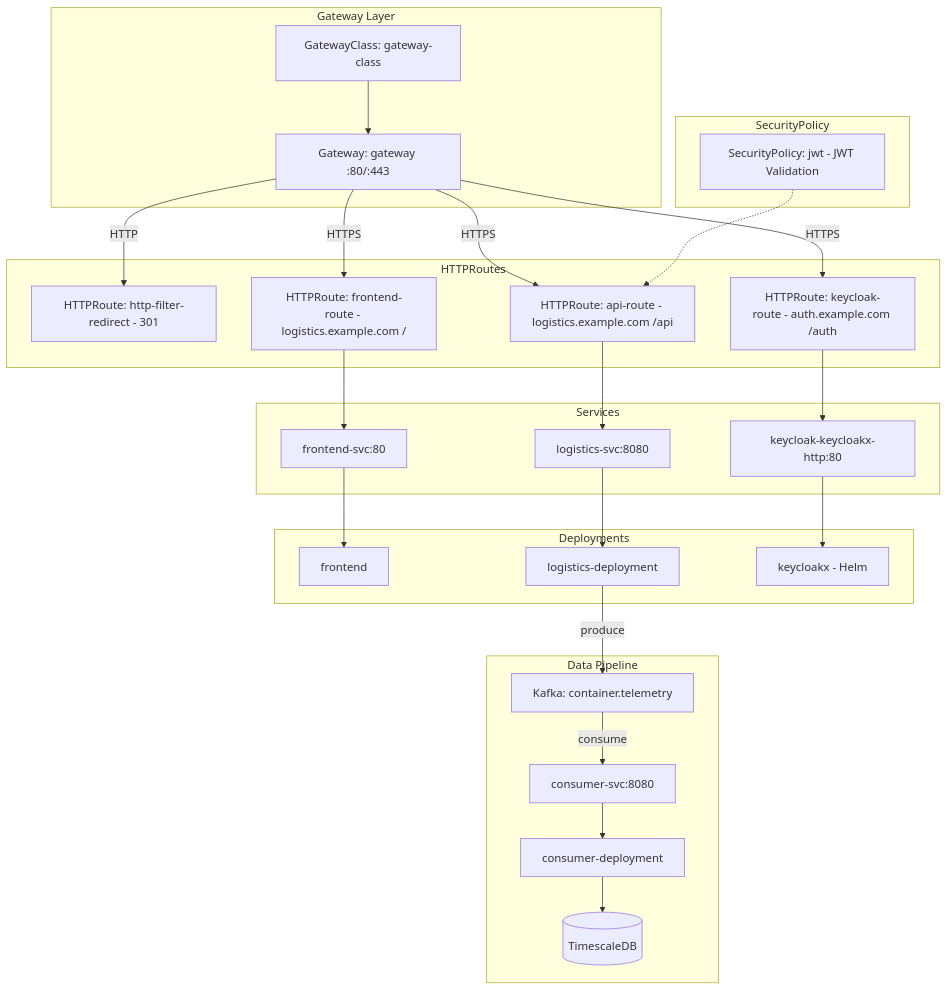
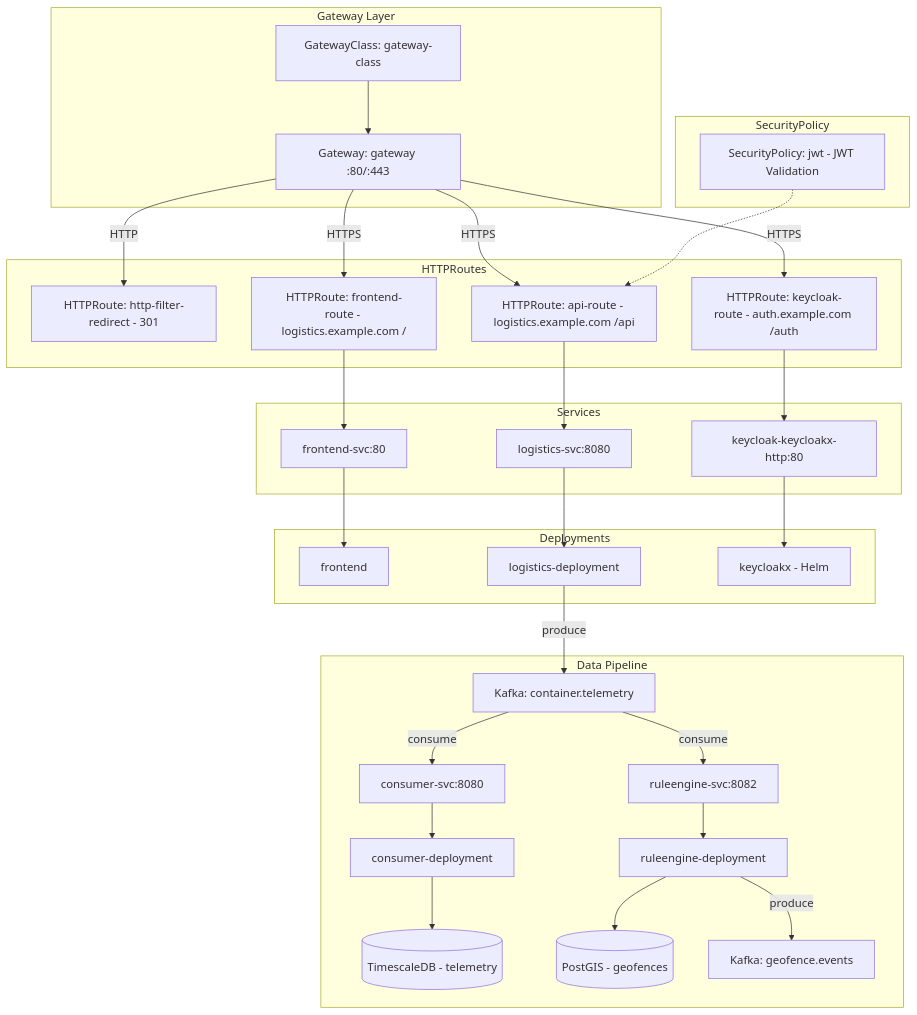
The diagram in docs/getting-started.md (s20055232/logistics), drawn with Mermaid before and after one commit. The commit also changed other lines of this file and 26 other files, not shown here.

First line of the commit message:
feat(ruleengine): implement geofencing rule engine with Kafka integration

````diff
--- a/docs/getting-started.md
+++ b/docs/getting-started.md
@@ -271,63 +271,71 @@
 ```mermaid
 flowchart TB
     subgraph GatewayLayer["Gateway Layer"]
         GC[GatewayClass: gateway-class]
         GW[Gateway: gateway :80/:443]
         GC --> GW
     end
 
     subgraph Routes["HTTPRoutes"]
         R0[HTTPRoute: http-filter-redirect - 301]
         R1[HTTPRoute: frontend-route - logistics.example.com /]
         R2[HTTPRoute: api-route - logistics.example.com /api]
         R3[HTTPRoute: keycloak-route - auth.example.com /auth]
     end
 
     subgraph Services["Services"]
         S1[frontend-svc:80]
         S2[logistics-svc:8080]
         S3[keycloak-keycloakx-http:80]
     end
 
     subgraph Deployments["Deployments"]
         D1[frontend]
         D2[logistics-deployment]
         D3[keycloakx - Helm]
     end
 
     subgraph Policy["SecurityPolicy"]
         SP[SecurityPolicy: jwt - JWT Validation]
     end
 
     subgraph DataPipeline["Data Pipeline"]
         K[Kafka: container.telemetry]
         CS[consumer-svc:8080]
         CD[consumer-deployment]
-        TS[(TimescaleDB)]
+        TS[(TimescaleDB - telemetry)]
+        RE[ruleengine-svc:8082]
+        RD[ruleengine-deployment]
+        RDB[(PostGIS - geofences)]
+        KE[Kafka: geofence.events]
     end
 
     %% Gateway connections
     GW -- "HTTP" --> R0
     GW -- "HTTPS" --> R1
     GW -- "HTTPS" --> R2
     GW -- "HTTPS" --> R3
 
     %% Route to service connections
     R1 --> S1
     R2 --> S2
     R3 --> S3
 
     %% Security policy
     SP -.-> R2
 
     %% Service to deployment
     S1 --> D1
     S2 --> D2
     S3 --> D3
 
     %% Data pipeline
     D2 -- "produce" --> K
     K -- "consume" --> CS
+    K -- "consume" --> RE
     CS --> CD
     CD --> TS
+    RE --> RD
+    RD --> RDB
+    RD -- "produce" --> KE
 ```
````
